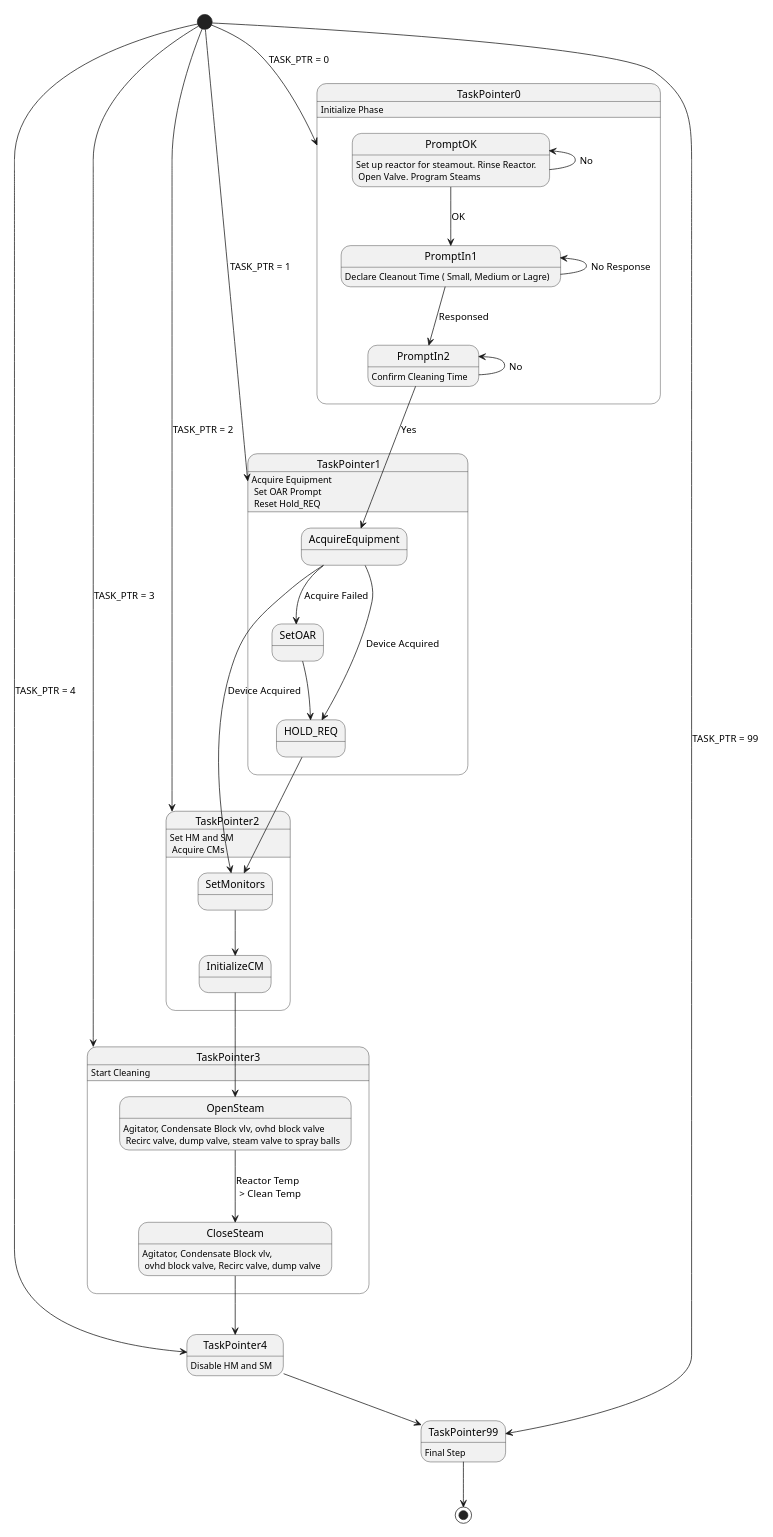
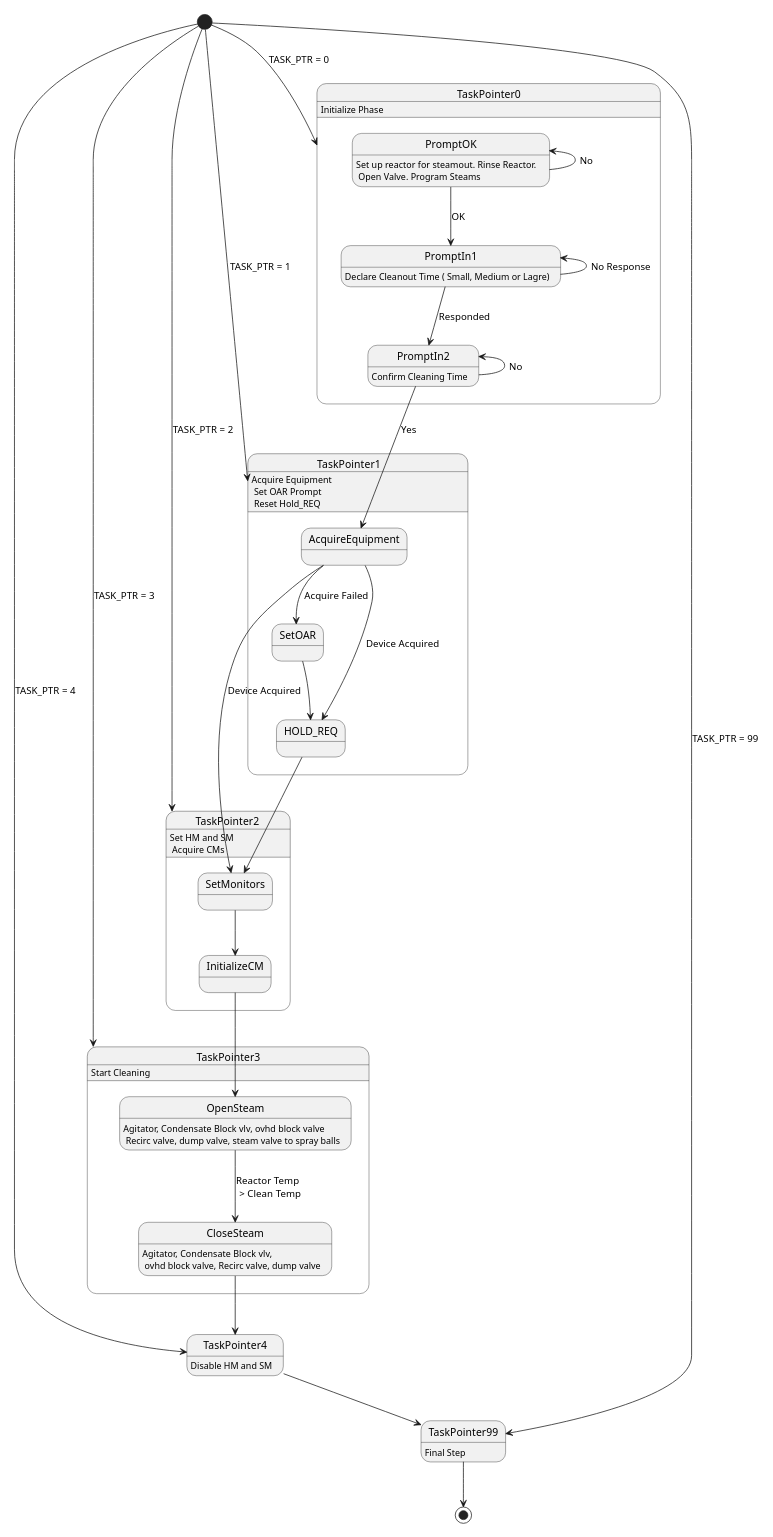
Before and after one commit to mekcrab/Solvay_test: the diagram in TESTSPEC_VPENG/Alk_Clean_PH_AL_CLN_STM.puml, drawn with PlantUML.

Commit message:
A Mind Map for the Steam Clean Phase Detail Design

```diff
--- a/TESTSPEC_VPENG/Alk_Clean_PH_AL_CLN_STM.puml
+++ b/TESTSPEC_VPENG/Alk_Clean_PH_AL_CLN_STM.puml
@@ -1,72 +1,72 @@
 @startuml
 scale 550 width
 
 [*] --> TaskPointer0: TASK_PTR = 0
 [*] --> TaskPointer1: TASK_PTR = 1
 [*] --> TaskPointer2: TASK_PTR = 2
 [*] --> TaskPointer3: TASK_PTR = 3
 [*] --> TaskPointer4: TASK_PTR = 4
 [*] --> TaskPointer99: TASK_PTR = 99
 
 
 TaskPointer0: Initialize Phase
 state TaskPointer0{
 
 PromptOK: Set up reactor for steamout. Rinse Reactor. \n Open Valve. Program Steams
 PromptOK -up-> PromptOK: No
 
 PromptOK --> PromptIn1: OK
 PromptIn1: Declare Cleanout Time ( Small, Medium or Lagre)
 PromptIn1 -up-> PromptIn1: No Response
 
-PromptIn1 --> PromptIn2: Responsed
+PromptIn1 --> PromptIn2: Responded
 PromptIn2: Confirm Cleaning Time
 PromptIn2 -up-> PromptIn2: No
 
 }
 
 
 TaskPointer1:  Acquire Equipment \n Set OAR Prompt \n Reset Hold_REQ
 
 state TaskPointer1 {
 
 PromptIn2 --> AcquireEquipment: Yes
 AcquireEquipment --> SetOAR: Acquire Failed
 SetOAR --> HOLD_REQ
 AcquireEquipment --> HOLD_REQ: Device Acquired
 
 }
 
 
 
 TaskPointer2: Set HM and SM \n Acquire CMs
 
 state TaskPointer2 {
 
 AcquireEquipment --> SetMonitors: Device Acquired
 HOLD_REQ --> SetMonitors
 SetMonitors --> InitializeCM
 
 
 }
 
 
 TaskPointer3: Start Cleaning
 
 state TaskPointer3 {
 
 InitializeCM --> OpenSteam
 OpenSteam --> CloseSteam: Reactor Temp \n > Clean Temp
 OpenSteam: Agitator, Condensate Block vlv, ovhd block valve \n Recirc valve, dump valve, steam valve to spray balls
 CloseSteam: Agitator, Condensate Block vlv, \n ovhd block valve, Recirc valve, dump valve
 
 }
 
 CloseSteam --> TaskPointer4
 TaskPointer4: Disable HM and SM
 
 TaskPointer4 --> TaskPointer99
 TaskPointer99: Final Step
 
 TaskPointer99 --> [*]
 @enduml
```
